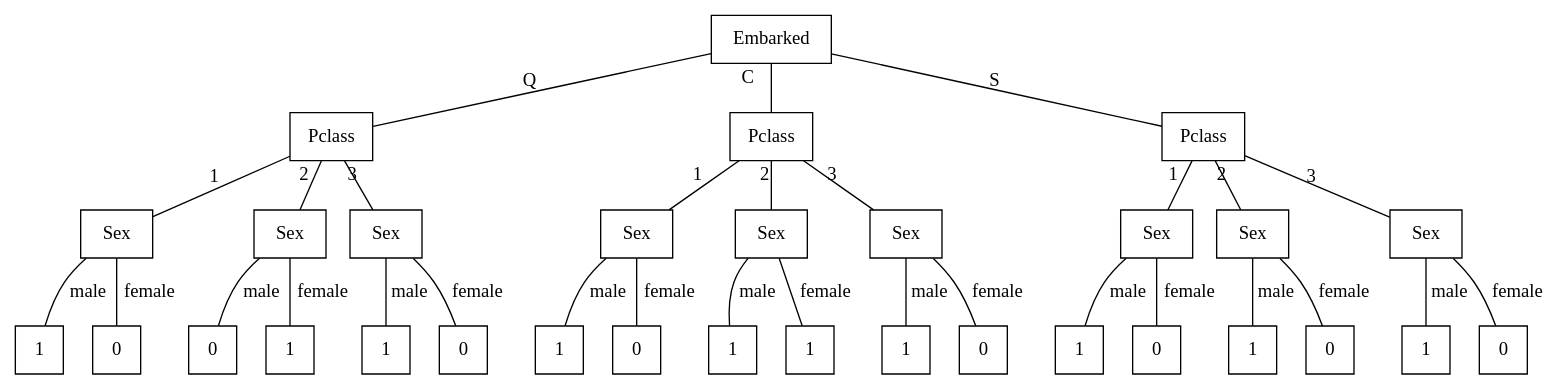
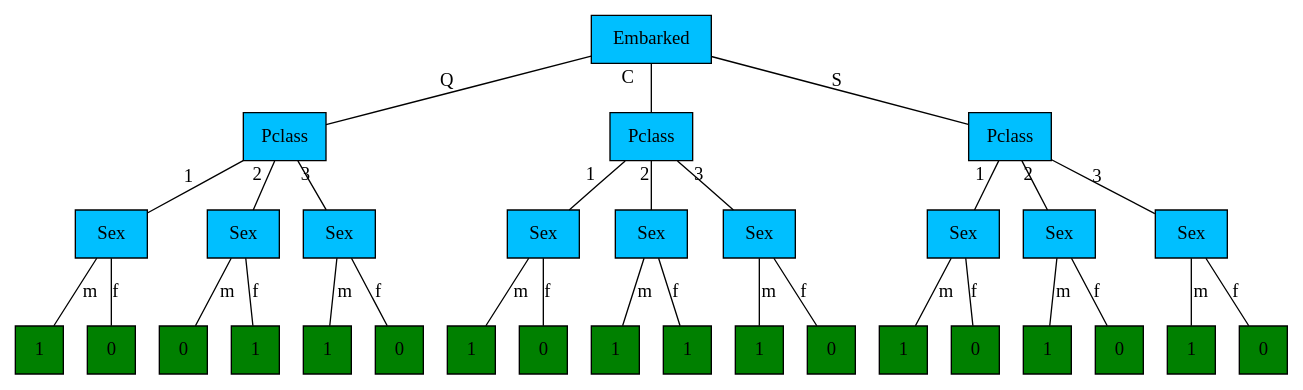
One commit to upforde/NTNU changed the diagram in AIMet/Assignment 4/graph1.dot. Above: the diagram before and after it, drawn with Graphviz.

Commit message:
Added fill style

```diff
--- a/AIMet/Assignment 4/graph1.dot
+++ b/AIMet/Assignment 4/graph1.dot
@@ -1,67 +1,67 @@
 graph MyGraph {
-    root [shape = rect, label = Embarked, fillcolor = blue]
-    pc1 [shape = rect, label = Pclass, fillcolor = blue]
-    pc2 [shape = rect, label = Pclass, fillcolor = blue]
-    pc3 [shape = rect, label = Pclass, fillcolor = blue]
-    pc1s1 [shape = rect, label = Sex, fillcolor = blue]
-    pc1s11 [shape = square, label=1, fillcolor = green]
-    pc1s12 [shape = square, label=0, fillcolor = green]
-    pc1s2 [shape = rect, label = Sex, fillcolor = blue]
-    pc1s21 [shape = square, label=0, fillcolor = green]
-    pc1s22 [shape = square, label=1, fillcolor = green]
-    pc1s3 [shape = rect, label = Sex, fillcolor = blue]
-    pc1s31 [shape = square, label=1, fillcolor = green]
-    pc1s32 [shape = square, label=0, fillcolor = green]
-    pc2s1 [shape = rect, label = Sex, fillcolor = blue]
-    pc2s11 [shape = square, label=1, fillcolor = green]
-    pc2s12 [shape = square, label=0, fillcolor = green]
-    pc2s2 [shape = rect, label = Sex, fillcolor = blue]
-    pc2s21 [shape = square, label=1, fillcolor = green]
-    pc2s22 [shape = square, label=1, fillcolor = green]
-    pc2s3 [shape = rect, label = Sex, fillcolor = blue]
-    pc2s31 [shape = square, label=1, fillcolor = green]
-    pc2s32 [shape = square, label=0, fillcolor = green]
-    pc3s1 [shape = rect, label = Sex, fillcolor = blue]
-    pc3s11 [shape = square, label=1, fillcolor = green]
-    pc3s12 [shape = square, label=0, fillcolor = green]
-    pc3s2 [shape = rect, label = Sex, fillcolor = blue]
-    pc3s21 [shape = square, label=1, fillcolor = green]
-    pc3s22 [shape = square, label=0, fillcolor = green]
-    pc3s3 [shape = rect, label = Sex, fillcolor = blue]
-    pc3s31 [shape = square, label=1, fillcolor = green]
-    pc3s32 [shape = square, label=0, fillcolor = green]
+    root [shape = rect, label = Embarked, fillcolor = deepskyblue, style = filled]
+    pc1 [shape = rect, label = Pclass, fillcolor = deepskyblue, style = filled]
+    pc2 [shape = rect, label = Pclass, fillcolor = deepskyblue, style = filled]
+    pc3 [shape = rect, label = Pclass, fillcolor = deepskyblue, style = filled]
+    pc1s1 [shape = rect, label = Sex, fillcolor = deepskyblue, style = filled]
+    pc1s11 [shape = square, label=1, fillcolor = green, style = filled]
+    pc1s12 [shape = square, label=0, fillcolor = green, style = filled]
+    pc1s2 [shape = rect, label = Sex, fillcolor = deepskyblue, style = filled]
+    pc1s21 [shape = square, label=0, fillcolor = green, style = filled]
+    pc1s22 [shape = square, label=1, fillcolor = green, style = filled]
+    pc1s3 [shape = rect, label = Sex, fillcolor = deepskyblue, style = filled]
+    pc1s31 [shape = square, label=1, fillcolor = green, style = filled]
+    pc1s32 [shape = square, label=0, fillcolor = green, style = filled]
+    pc2s1 [shape = rect, label = Sex, fillcolor = deepskyblue, style = filled]
+    pc2s11 [shape = square, label=1, fillcolor = green, style = filled]
+    pc2s12 [shape = square, label=0, fillcolor = green, style = filled]
+    pc2s2 [shape = rect, label = Sex, fillcolor = deepskyblue, style = filled]
+    pc2s21 [shape = square, label=1, fillcolor = green, style = filled]
+    pc2s22 [shape = square, label=1, fillcolor = green, style = filled]
+    pc2s3 [shape = rect, label = Sex, fillcolor = deepskyblue, style = filled]
+    pc2s31 [shape = square, label=1, fillcolor = green, style = filled]
+    pc2s32 [shape = square, label=0, fillcolor = green, style = filled]
+    pc3s1 [shape = rect, label = Sex, fillcolor = deepskyblue, style = filled]
+    pc3s11 [shape = square, label=1, fillcolor = green, style = filled]
+    pc3s12 [shape = square, label=0, fillcolor = green, style = filled]
+    pc3s2 [shape = rect, label = Sex, fillcolor = deepskyblue, style = filled]
+    pc3s21 [shape = square, label=1, fillcolor = green, style = filled]
+    pc3s22 [shape = square, label=0, fillcolor = green, style = filled]
+    pc3s3 [shape = rect, label = Sex, fillcolor = deepskyblue, style = filled]
+    pc3s31 [shape = square, label=1, fillcolor = green, style = filled]
+    pc3s32 [shape = square, label=0, fillcolor = green, style = filled]
     
     root -- pc1 [xlabel = Q];
     root -- pc2 [xlabel = "C   "];
     root -- pc3 [xlabel = S];
 
     pc1 -- pc1s1 [xlabel = 1]
-    pc1s1 -- pc1s11 [label = male]
-    pc1s1 -- pc1s12 [label = female]
+    pc1s1 -- pc1s11 [label = m]
+    pc1s1 -- pc1s12 [label = f]
     pc1 -- pc1s2 [xlabel = 2]
-    pc1s2 -- pc1s21 [label = male]
-    pc1s2 -- pc1s22 [label = female]
+    pc1s2 -- pc1s21 [label = m]
+    pc1s2 -- pc1s22 [label = f]
     pc1 -- pc1s3 [xlabel = 3]
-    pc1s3 -- pc1s31 [label = male]
-    pc1s3 -- pc1s32 [label = female]
+    pc1s3 -- pc1s31 [label = m]
+    pc1s3 -- pc1s32 [label = f]
 
     pc2 -- pc2s1 [xlabel = 1]
-    pc2s1 -- pc2s11 [label = male]
-    pc2s1 -- pc2s12 [label = female]
+    pc2s1 -- pc2s11 [label = m]
+    pc2s1 -- pc2s12 [label = f]
     pc2 -- pc2s2 [xlabel = 2]
-    pc2s2 -- pc2s21 [label = male]
-    pc2s2 -- pc2s22 [label = female]
+    pc2s2 -- pc2s21 [label = m]
+    pc2s2 -- pc2s22 [label = f]
     pc2 -- pc2s3 [xlabel = 3]
-    pc2s3 -- pc2s31 [label = male]
-    pc2s3 -- pc2s32 [label = female]
+    pc2s3 -- pc2s31 [label = m]
+    pc2s3 -- pc2s32 [label = f]
  
     pc3 -- pc3s1 [xlabel = 1]
-    pc3s1 -- pc3s11 [label = male]
-    pc3s1 -- pc3s12 [label = female]
+    pc3s1 -- pc3s11 [label = m]
+    pc3s1 -- pc3s12 [label = f]
     pc3 -- pc3s2 [xlabel = 2]
-    pc3s2 -- pc3s21 [label = male]
-    pc3s2 -- pc3s22 [label = female]
+    pc3s2 -- pc3s21 [label = m]
+    pc3s2 -- pc3s22 [label = f]
     pc3 -- pc3s3 [xlabel = 3]
-    pc3s3 -- pc3s31 [label = male]
-    pc3s3 -- pc3s32 [label = female]
+    pc3s3 -- pc3s31 [label = m]
+    pc3s3 -- pc3s32 [label = f]
 }
```
